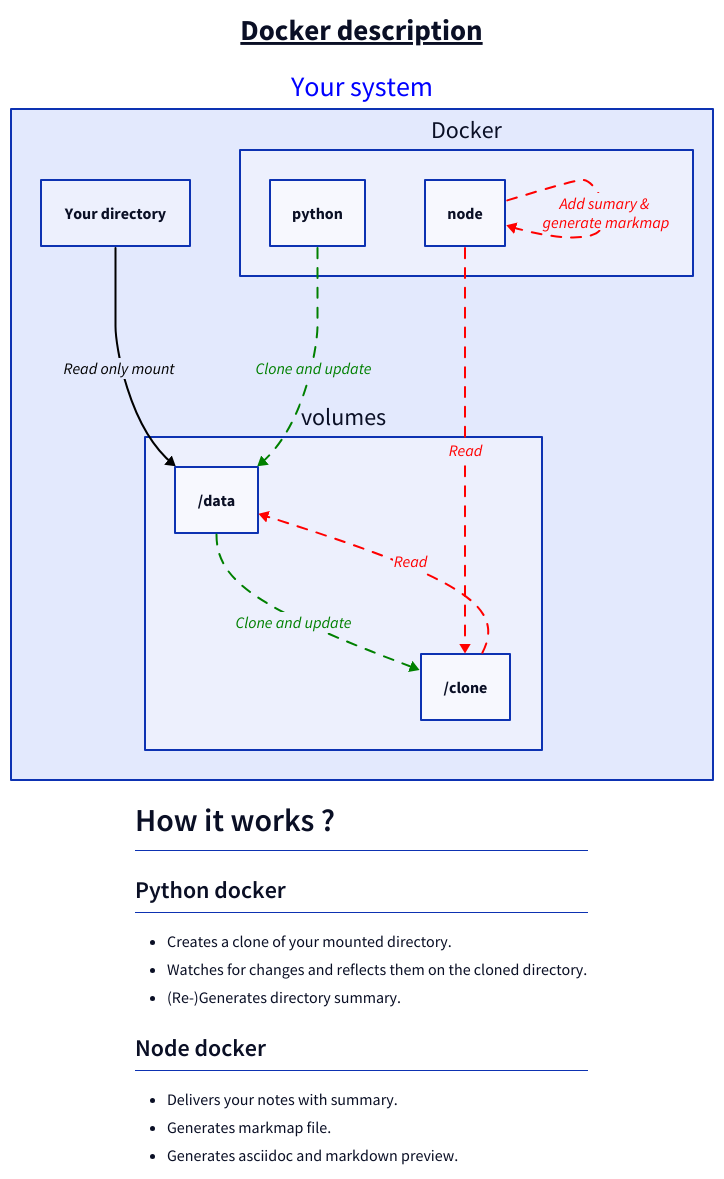
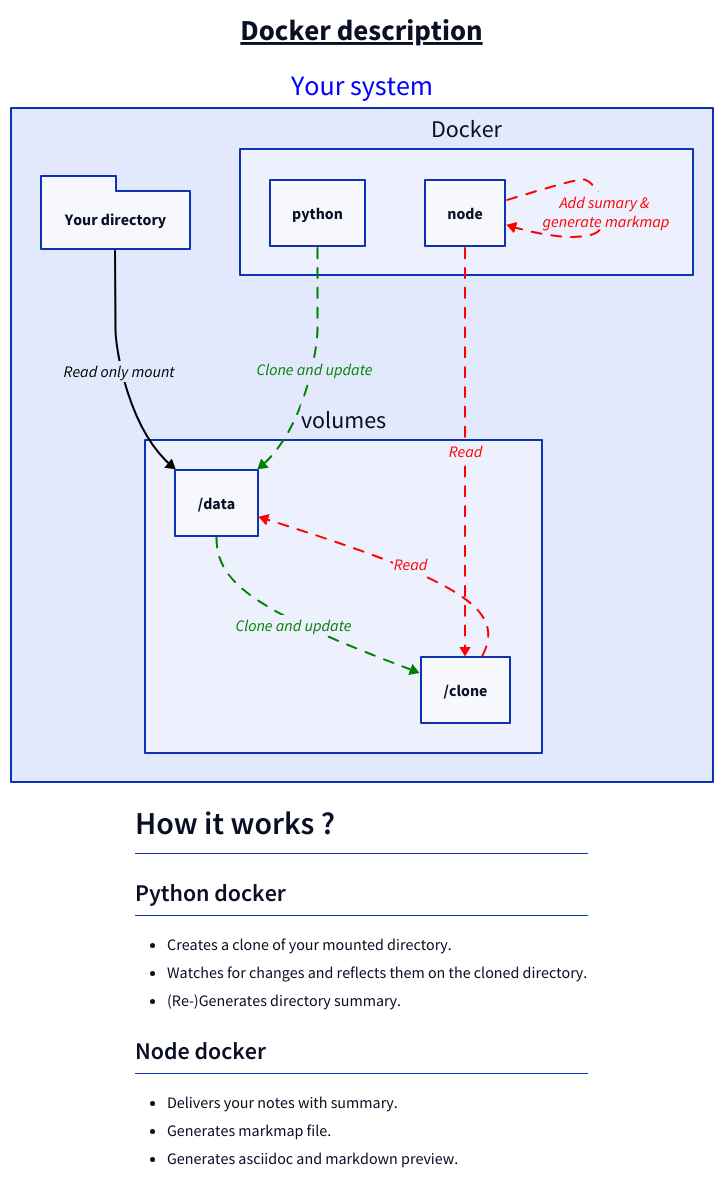
One commit to marcrow/redview changed the diagram in images/docker_description.d2. Above: the diagram before and after it, drawn with D2. The commit also changed 8 other files, not shown here.

```diff
--- a/images/docker_description.d2
+++ b/images/docker_description.d2
@@ -1,31 +1,31 @@
 title: Docker description {
   near: top-center
   shape: text
   style: {
     font-size: 29
     bold: true
     underline: true
   }
 }
 Your system: {style.font-color: blue}
 Your system.Docker.python
 Your system.Docker.node
 Your system.volumes./clone
 Your system.volumes./data
-
+Your system.Your directory.shape: Package
 Your system.Your directory -> Your system.volumes./data: Read only mount {style.stroke: black; style.font-color: black}
 
 Your system.Docker.python -> Your system.volumes./data -> Your system.volumes./clone: Clone and update {style.animated: true; style.stroke: green; style.font-color: green}
 Your system.Docker.node -> Your system.volumes./clone -> Your system.volumes./data: Read {style.animated: true; style.stroke: red; style.font-color: red}
 Your system.Docker.node -> Your system.Docker.node : Add sumary & \ngenerate markmap  {style.animated: true; style.stroke: red; style.font-color: red}
 explanation: |md
   # How it works ?
   ## Python docker
     - Creates a clone of your mounted directory.
     - Watches for changes and reflects them on the cloned directory.
     - (Re-)Generates directory summary.
   ## Node docker
     - Delivers your notes with summary.
     - Generates markmap file.
     - Generates asciidoc and markdown preview.
 | {near: bottom-center}
```
